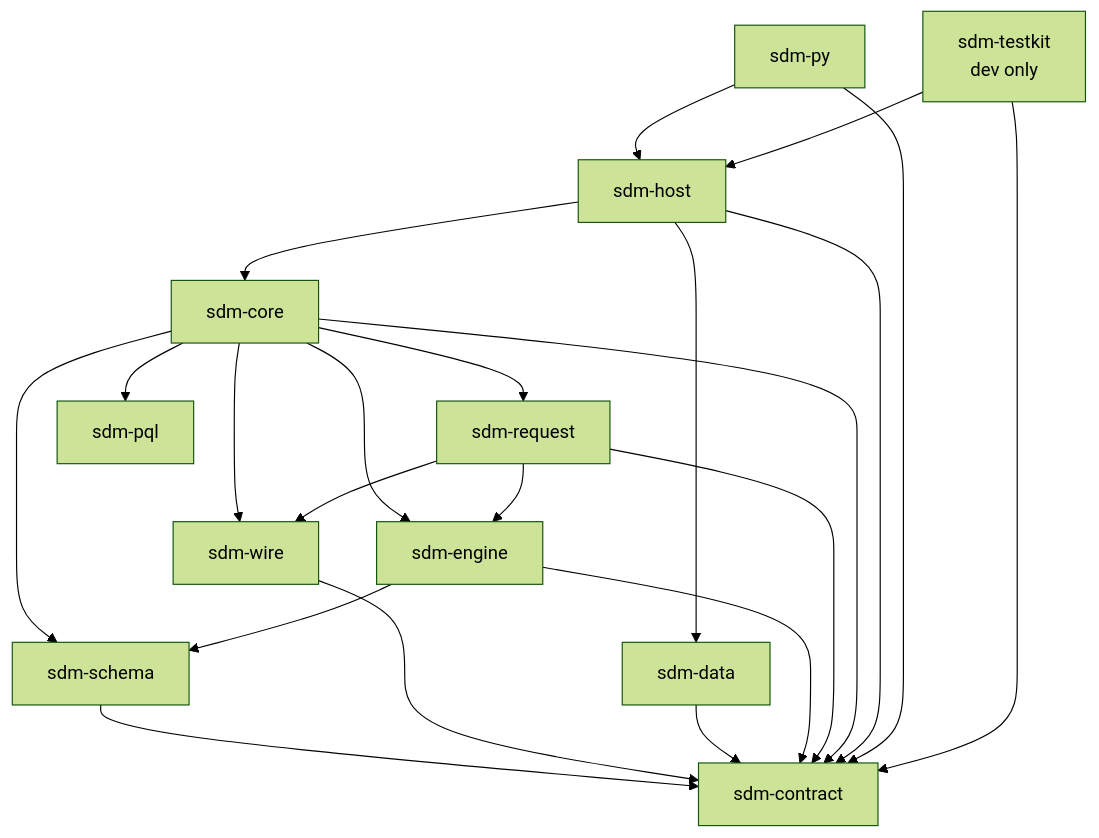
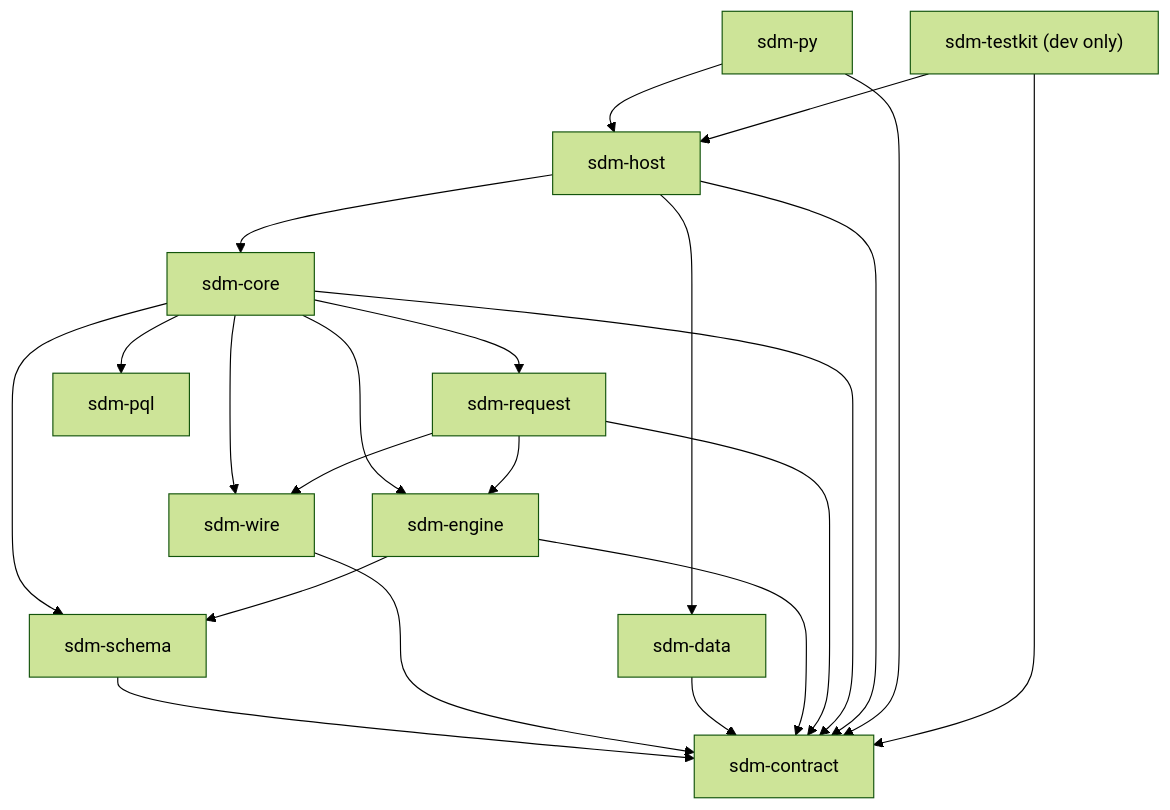
Before and after one commit to NVIDIA/structured-data-models-client: the diagram in rust/README.md, drawn with Mermaid (forest theme).

Commit message:
T3.15: the dependency diagram in rust/README.md renders on GitHub
GitHub showed "Unable to render rich display" for the Mermaid block.
It now uses flowchart TD, plain node ids without hyphens (sdm_core),
quoted labels, and no <br/> ("sdm-testkit (dev only)"). Rendered with
mermaid-cli 11.4.2. No per-crate README has a Mermaid block; the
plain-text diagram is unchanged.

````diff
--- a/rust/README.md
+++ b/rust/README.md
@@ -37,24 +37,24 @@
 ```mermaid
-graph TD
-    py[sdm-py] --> host[sdm-host]
-    testkit[sdm-testkit<br/>dev only] --> host
-    host --> core[sdm-core]
-    host --> data[sdm-data]
-    core --> request[sdm-request]
-    core --> engine[sdm-engine]
-    core --> schema[sdm-schema]
-    core --> wire[sdm-wire]
-    core --> pql[sdm-pql]
-    request --> engine
-    request --> wire
-    engine --> schema
-    schema --> contract[sdm-contract]
-    wire --> contract
-    data --> contract
-    engine --> contract
-    request --> contract
-    core --> contract
-    host --> contract
-    py --> contract
-    testkit --> contract
+flowchart TD
+    sdm_py["sdm-py"] --> sdm_host["sdm-host"]
+    sdm_testkit["sdm-testkit (dev only)"] --> sdm_host
+    sdm_host --> sdm_core["sdm-core"]
+    sdm_host --> sdm_data["sdm-data"]
+    sdm_core --> sdm_request["sdm-request"]
+    sdm_core --> sdm_engine["sdm-engine"]
+    sdm_core --> sdm_schema["sdm-schema"]
+    sdm_core --> sdm_wire["sdm-wire"]
+    sdm_core --> sdm_pql["sdm-pql"]
+    sdm_request --> sdm_engine
+    sdm_request --> sdm_wire
+    sdm_engine --> sdm_schema
+    sdm_schema --> sdm_contract["sdm-contract"]
+    sdm_wire --> sdm_contract
+    sdm_data --> sdm_contract
+    sdm_engine --> sdm_contract
+    sdm_request --> sdm_contract
+    sdm_core --> sdm_contract
+    sdm_host --> sdm_contract
+    sdm_py --> sdm_contract
+    sdm_testkit --> sdm_contract
 ```
````
